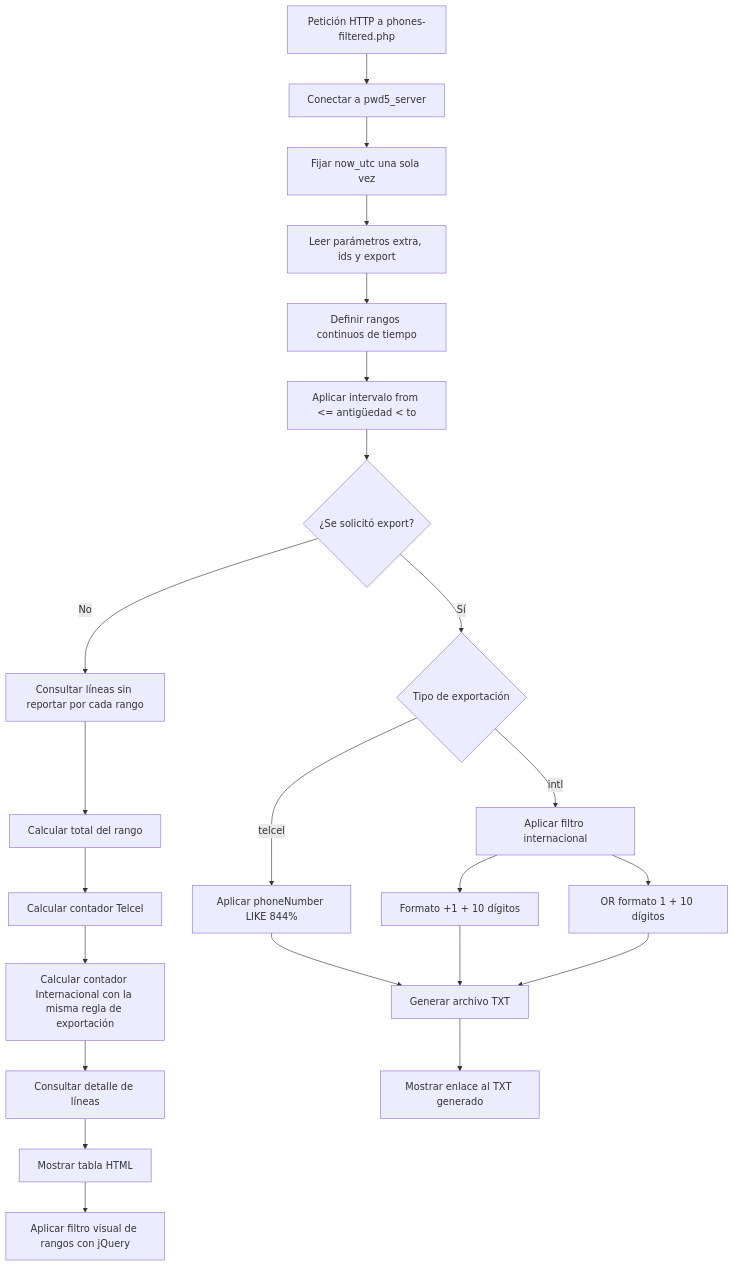
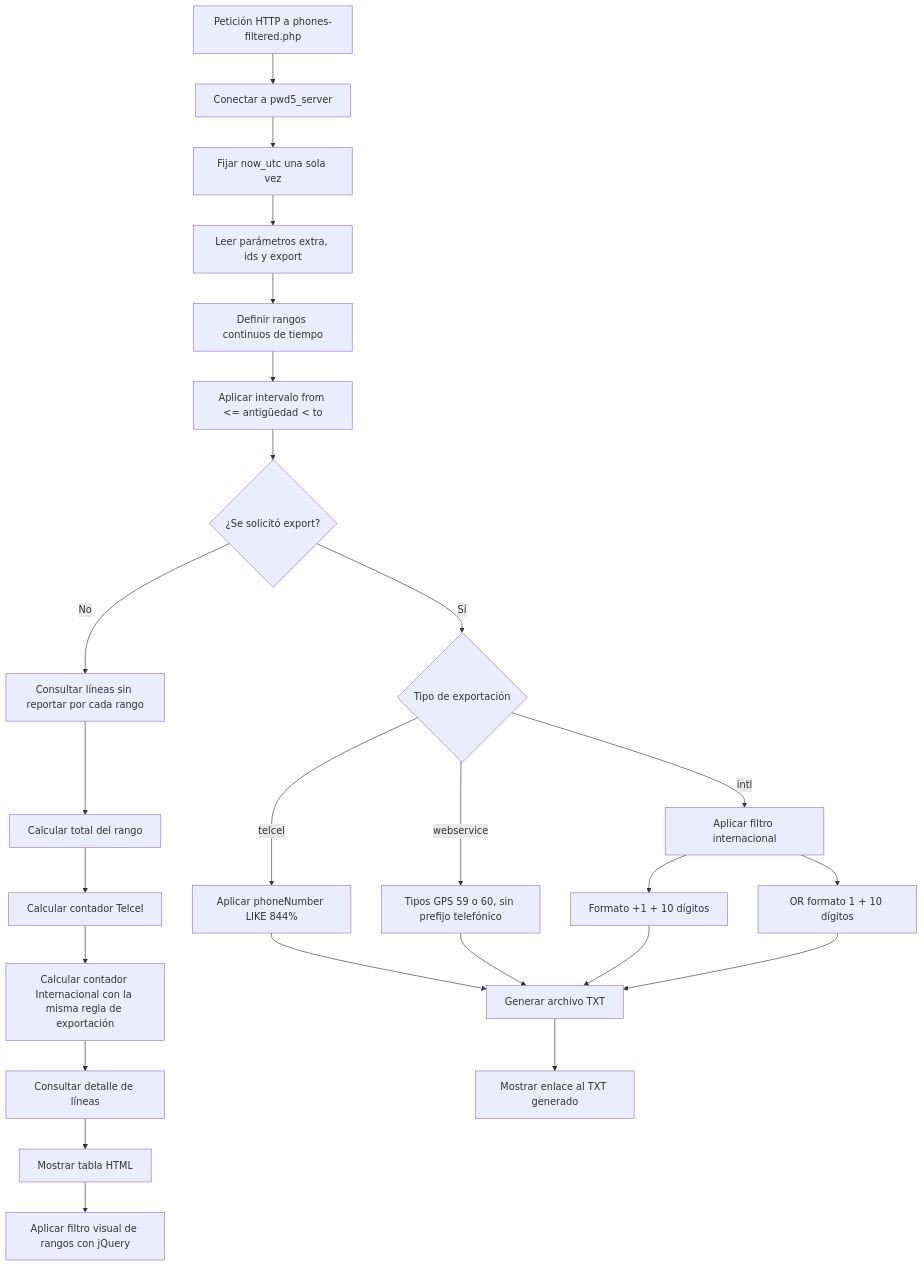
One commit to grupodeca/phones-filtered changed the diagram in DIAGRAM.md. Above: the diagram before and after it, drawn with Mermaid. The commit also changed other lines of this file and 5 other files, not shown here.

````diff
--- a/DIAGRAM.md
+++ b/DIAGRAM.md
@@ -3,31 +3,33 @@
 ```mermaid
 flowchart TD
 	A[Petición HTTP a phones-filtered.php] --> B[Conectar a pwd5_server]
 	B --> B1[Fijar now_utc una sola vez]
 	B1 --> C[Leer parámetros extra, ids y export]
 	C --> D[Definir rangos continuos de tiempo]
 	D --> D1[Aplicar intervalo from <= antigüedad < to]
 	D1 --> E{¿Se solicitó export?}
 
 	E -- No --> J[Consultar líneas sin reportar por cada rango]
 	E -- Sí --> F{Tipo de exportación}
 
 	F -- telcel --> G[Aplicar phoneNumber LIKE 844%]
 	F -- intl --> H[Aplicar filtro internacional]
+	F -- webservice --> W[Tipos GPS 59 o 60, sin prefijo telefónico]
 
 	H --> H1[Formato +1 + 10 dígitos]
 	H --> H2[OR formato 1 + 10 dígitos]
 
 	G --> I[Generar archivo TXT]
+	W --> I
 	H1 --> I
 	H2 --> I
 
 	J --> K[Calcular total del rango]
 	K --> L[Calcular contador Telcel]
 	L --> M[Calcular contador Internacional con la misma regla de exportación]
 	M --> N[Consultar detalle de líneas]
 	N --> O[Mostrar tabla HTML]
 
 	I --> P[Mostrar enlace al TXT generado]
 	O --> Q[Aplicar filtro visual de rangos con jQuery]
 ```
````
